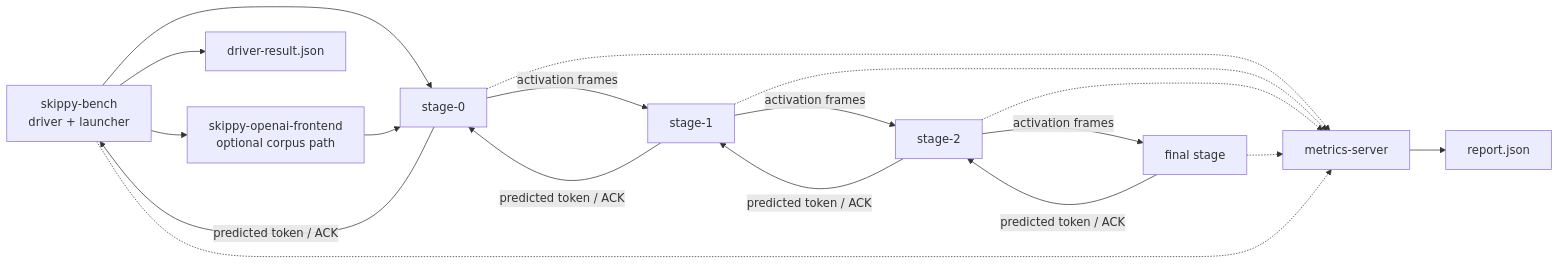
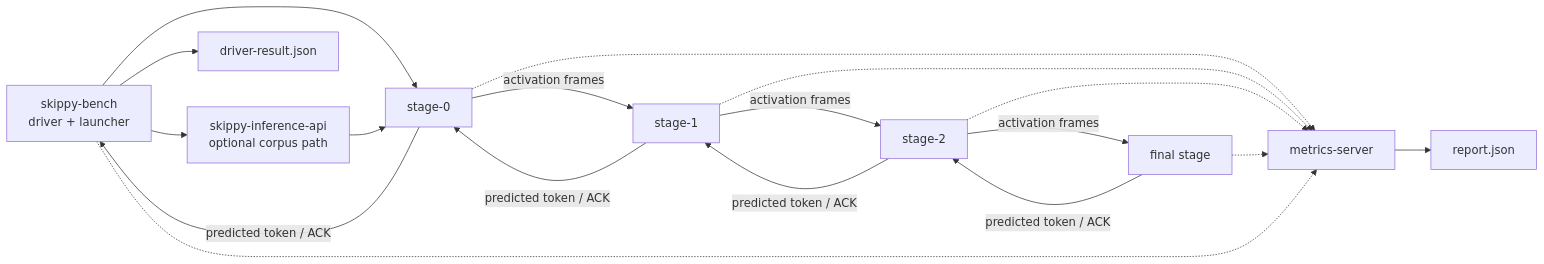
Before and after one commit to 76287298092/mesh-llm: the diagram in skippy/crates/skippy-bench/README.md, drawn with Mermaid. The commit also changed 200 other files, not shown here.

Commit message:
refactor(skippy): rename frontend crate to inference API

````diff
--- a/skippy/crates/skippy-bench/README.md
+++ b/skippy/crates/skippy-bench/README.md
@@ -17,21 +17,21 @@
 ```mermaid
 flowchart LR
-    B["skippy-bench<br/>driver + launcher"] --> O["skippy-openai-frontend<br/>optional corpus path"]
+    B["skippy-bench<br/>driver + launcher"] --> O["skippy-inference-api<br/>optional corpus path"]
     B --> S0["stage-0"]
     O --> S0
     S0 -->|activation frames| S1["stage-1"]
     S1 -->|activation frames| S2["stage-2"]
     S2 -->|activation frames| S3["final stage"]
     S3 -->|predicted token / ACK| S2
     S2 -->|predicted token / ACK| S1
     S1 -->|predicted token / ACK| S0
     S0 -->|predicted token / ACK| B
 
     S0 -.-> M["metrics-server"]
     S1 -.-> M
     S2 -.-> M
     S3 -.-> M
     B -.-> M
     M --> R["report.json"]
     B --> D["driver-result.json"]
 ```
````
